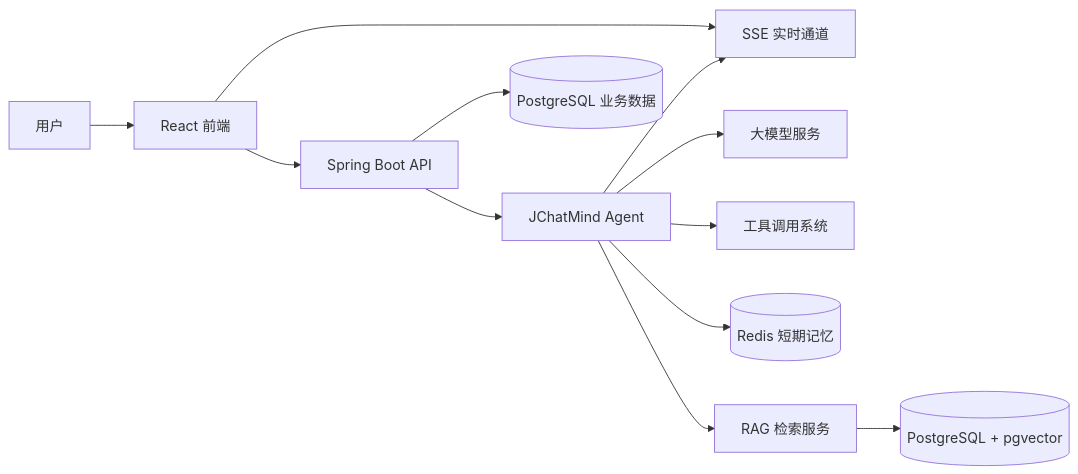
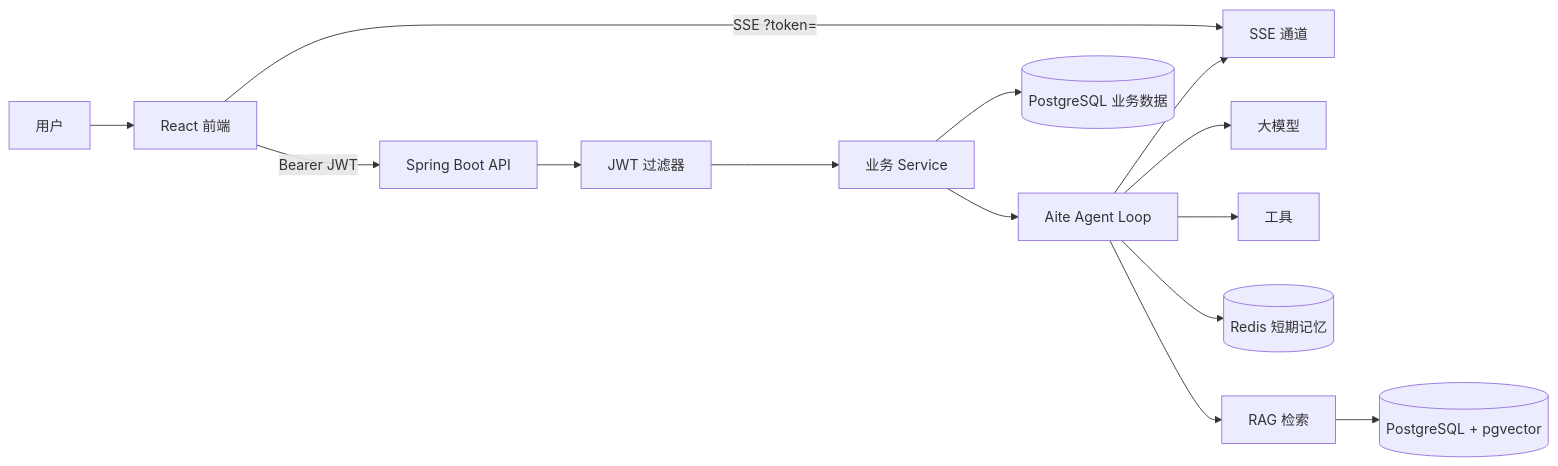
One commit to Zzhi66/Aite_Agent changed the diagram in README.md. Above: the diagram before and after it, drawn with Mermaid. The commit also changed other lines of this file and 1 other file, not shown here.

First line of the commit message:
docs: update README for Aite Agent branding and JWT auth

````diff
--- a/README.md
+++ b/README.md
@@ -36,14 +37,16 @@
 ```mermaid
 flowchart LR
     U[用户] --> UI[React 前端]
-    UI --> API[Spring Boot API]
-    UI --> SSE[SSE 实时通道]
-    API --> Agent[JChatMind Agent]
-    Agent --> LLM[大模型服务]
-    Agent --> Tool[工具调用系统]
+    UI -->|Bearer JWT| API[Spring Boot API]
+    UI -->|SSE ?token=| SSE[SSE 通道]
+    API --> Auth[JWT 过滤器]
+    Auth --> Svc[业务 Service]
+    Svc --> Agent[Aite Agent Loop]
+    Agent --> LLM[大模型]
+    Agent --> Tool[工具]
     Agent --> Redis[(Redis 短期记忆)]
-    Agent --> RAG[RAG 检索服务]
+    Agent --> RAG[RAG 检索]
     RAG --> PG[(PostgreSQL + pgvector)]
-    API --> DB[(PostgreSQL 业务数据)]
+    Svc --> DB[(PostgreSQL 业务数据)]
     Agent --> SSE
 ```
````
